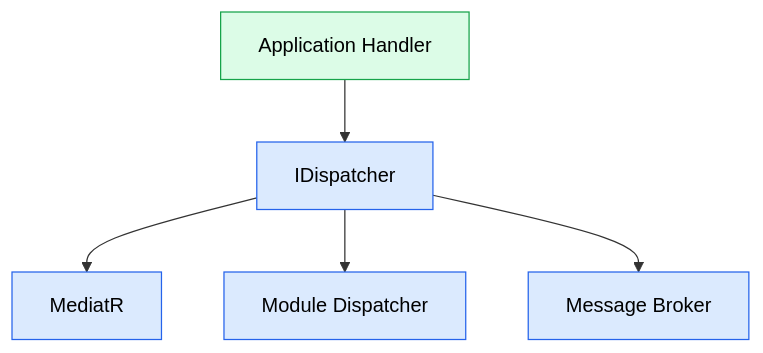
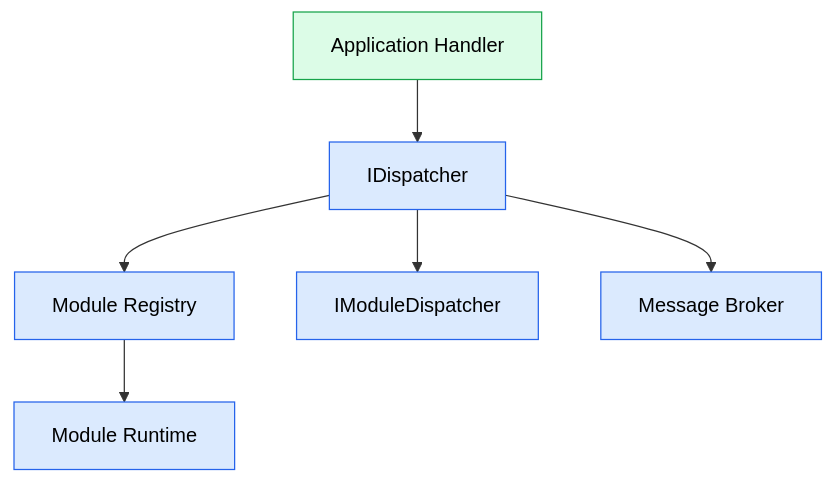
Before and after one commit to soufiane-rizk/Jobwize: the first of 5 diagrams in docs/architecture/06-module-communication.md, drawn with Mermaid. The commit also changed other lines of this file and 42 other files, not shown here.

First line of the commit message:
feat(runtime): replace MediatR with custom module runtime

````diff
--- a/docs/architecture/06-module-communication.md
+++ b/docs/architecture/06-module-communication.md
@@ -38,25 +37,29 @@
 ```mermaid
 flowchart TD
 
-    A["Application Handler"]
+    Handler["Application Handler"]
 
-    D["IDispatcher"]
+    Dispatcher["IDispatcher"]
 
-    M["MediatR"]
+    Registry["Module Registry"]
 
-    Q["Module Dispatcher"]
+    Runtime["Module Runtime"]
 
-    B["Message Broker"]
+    ModuleDispatcher["IModuleDispatcher"]
 
-    A --> D
+    Broker["Message Broker"]
 
-    D --> M
-    D --> Q
-    D --> B
+    Handler --> Dispatcher
+
+    Dispatcher --> Registry
+    Dispatcher --> ModuleDispatcher
+    Dispatcher --> Broker
+
+    Registry --> Runtime
 
     classDef application fill:#dcfce7,stroke:#16a34a,color:#000;
     classDef infrastructure fill:#dbeafe,stroke:#2563eb,color:#000;
 
-    class A application;
-    class D,M,Q,B infrastructure;
+    class Handler application;
+    class Dispatcher,Registry,Runtime,ModuleDispatcher,Broker infrastructure;
 ```
````
